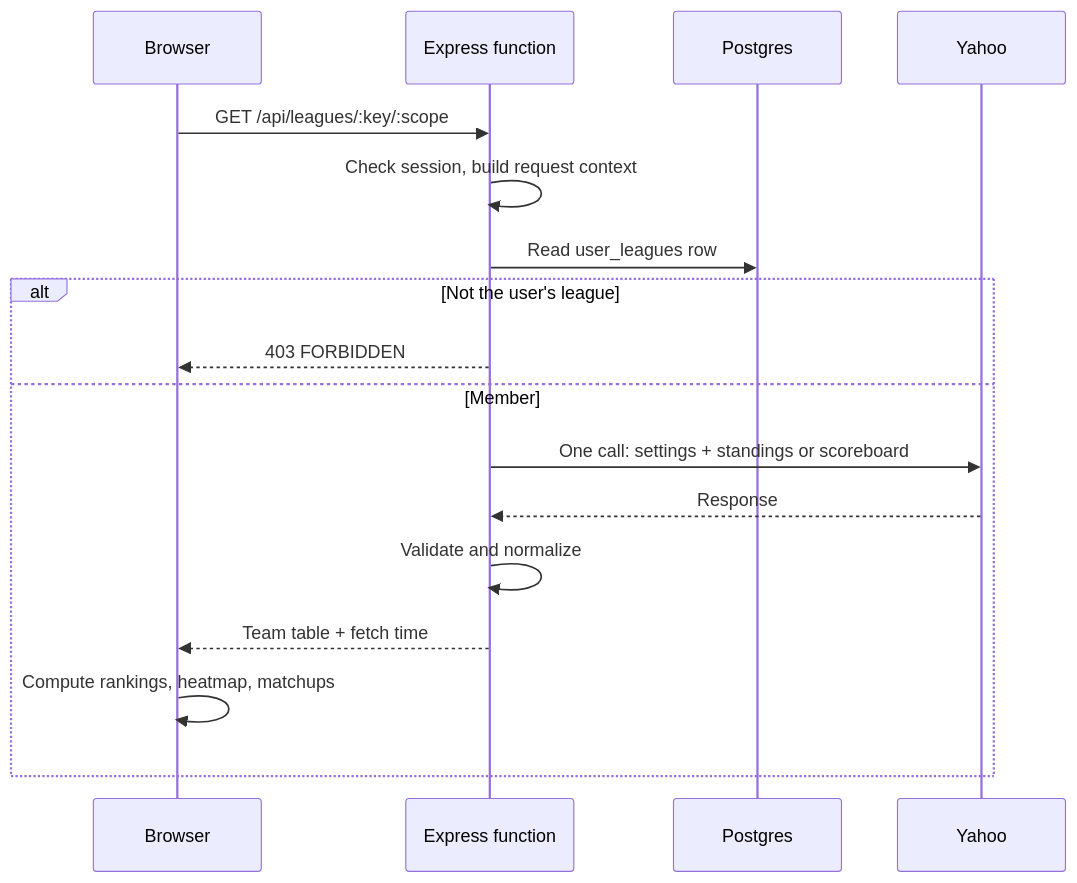
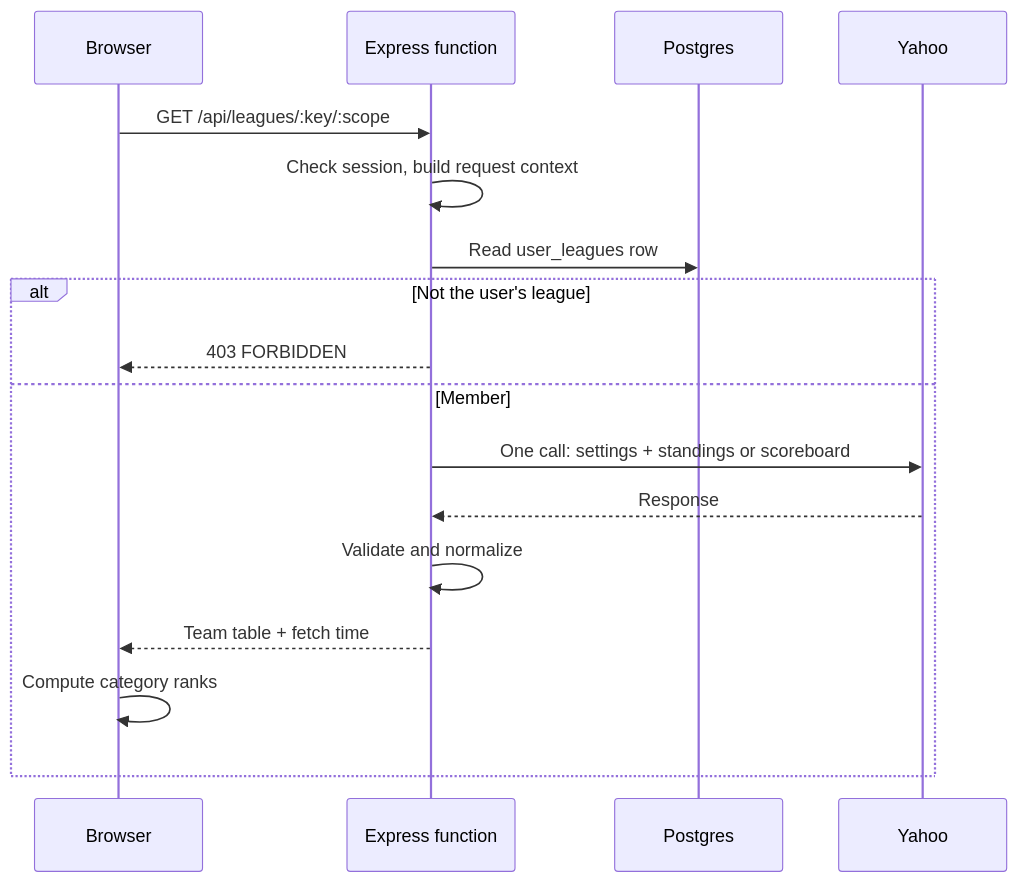
One commit to sfan0704/pikachubball changed the seventh of 8 diagrams in docs/target-state.md. Above: the diagram before and after it, drawn with Mermaid. The commit also changed other lines of this file and 63 other files, not shown here.

````diff
--- a/docs/target-state.md
+++ b/docs/target-state.md
@@ -474,19 +468,19 @@
 ```mermaid
 sequenceDiagram
     participant B as Browser
     participant F as Express function
     participant DB as Postgres
     participant Y as Yahoo
     B->>F: GET /api/leagues/:key/:scope
     F->>F: Check session, build request context
     F->>DB: Read user_leagues row
     alt Not the user's league
         F-->>B: 403 FORBIDDEN
     else Member
         F->>Y: One call: settings + standings or scoreboard
         Y-->>F: Response
         F->>F: Validate and normalize
         F-->>B: Team table + fetch time
-        B->>B: Compute rankings, heatmap, matchups
+        B->>B: Compute category ranks
     end
 ```
````
